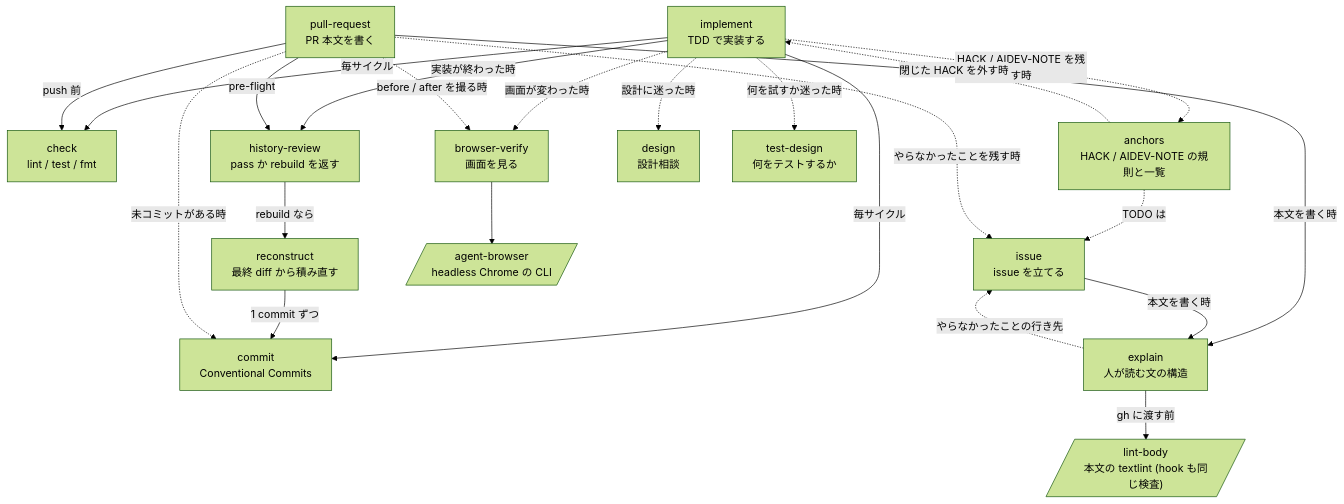
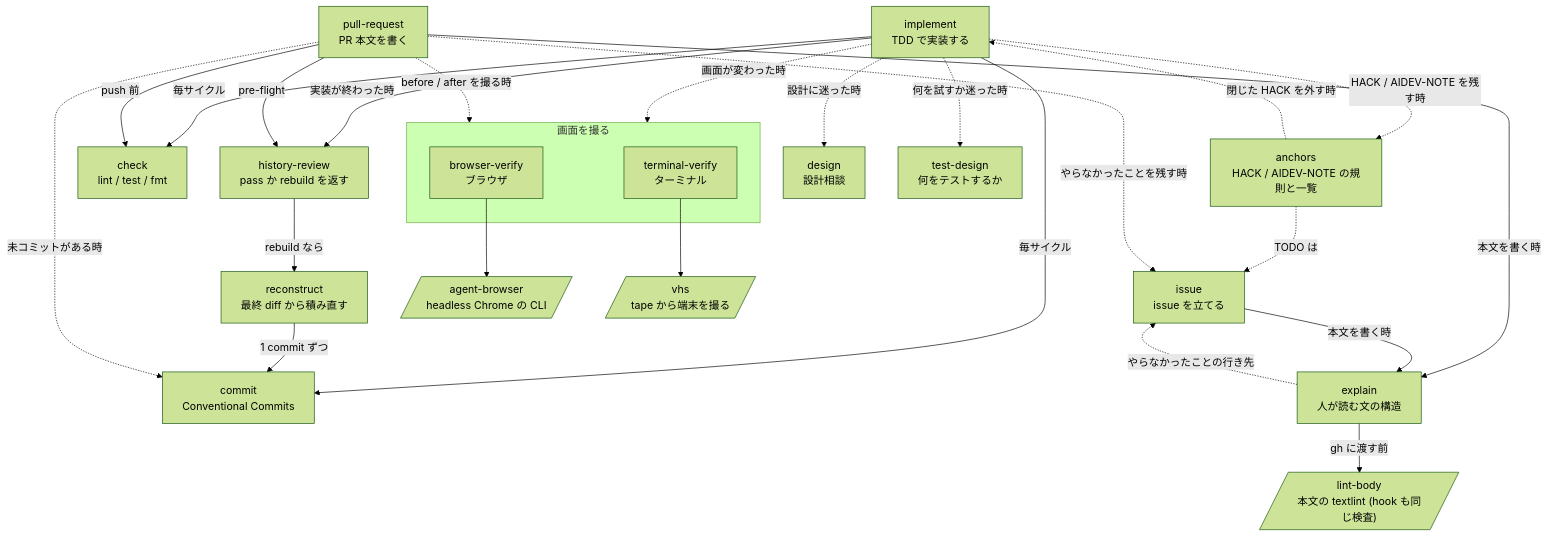
The first of 3 diagrams in configs/agents/README.md (Xantibody/dotfiles), drawn with Mermaid (forest theme) before and after one commit. The commit also changed other lines of this file and 3 other files, not shown here.

First line of the commit message:
feat(agents): attach a before/after screenshot to every PR with a visible result

````diff
--- a/configs/agents/README.md
+++ b/configs/agents/README.md
@@ -16,39 +15,44 @@
 ```mermaid
 flowchart TD
   implement["implement<br/>TDD で実装する"]
   check["check<br/>lint / test / fmt"]
   commit["commit<br/>Conventional Commits"]
   hr["history-review<br/>pass か rebuild を返す"]
   reconstruct["reconstruct<br/>最終 diff から積み直す"]
   pr["pull-request<br/>PR 本文を書く"]
   issue["issue<br/>issue を立てる"]
   explain["explain<br/>人が読む文の構造"]
-  bv["browser-verify<br/>画面を見る"]
+  subgraph shot ["画面を撮る"]
+    bv["browser-verify<br/>ブラウザ"]
+    tv["terminal-verify<br/>ターミナル"]
+  end
   anchors["anchors<br/>HACK / AIDEV-NOTE の規則と一覧"]
   design["design<br/>設計相談"]
   testdesign["test-design<br/>何をテストするか"]
   ab[/"agent-browser<br/>headless Chrome の CLI"/]
+  vhs[/"vhs<br/>tape から端末を撮る"/]
   lint[/"lint-body<br/>本文の textlint (hook も同じ検査)"/]
 
   implement -->|"毎サイクル"| check
   implement -->|"毎サイクル"| commit
   implement -->|"実装が終わった時"| hr
-  implement -.->|"画面が変わった時"| bv
+  implement -.->|"画面が変わった時"| shot
   implement -.->|"設計に迷った時"| design
   implement -.->|"何を試すか迷った時"| testdesign
   implement -.->|"HACK / AIDEV-NOTE を残す時"| anchors
   anchors -.->|"閉じた HACK を外す時"| implement
   anchors -.->|"TODO は"| issue
   hr -->|"rebuild なら"| reconstruct
   reconstruct -->|"1 commit ずつ"| commit
   pr -->|"pre-flight"| hr
   pr -->|"push 前"| check
   pr -->|"本文を書く時"| explain
   pr -.->|"未コミットがある時"| commit
-  pr -.->|"before / after を撮る時"| bv
+  pr -.->|"before / after を撮る時"| shot
   pr -.->|"やらなかったことを残す時"| issue
   issue -->|"本文を書く時"| explain
   explain -.->|"やらなかったことの行き先"| issue
   explain -->|"gh に渡す前"| lint
   bv --> ab
+  tv --> vhs
 ```
````
